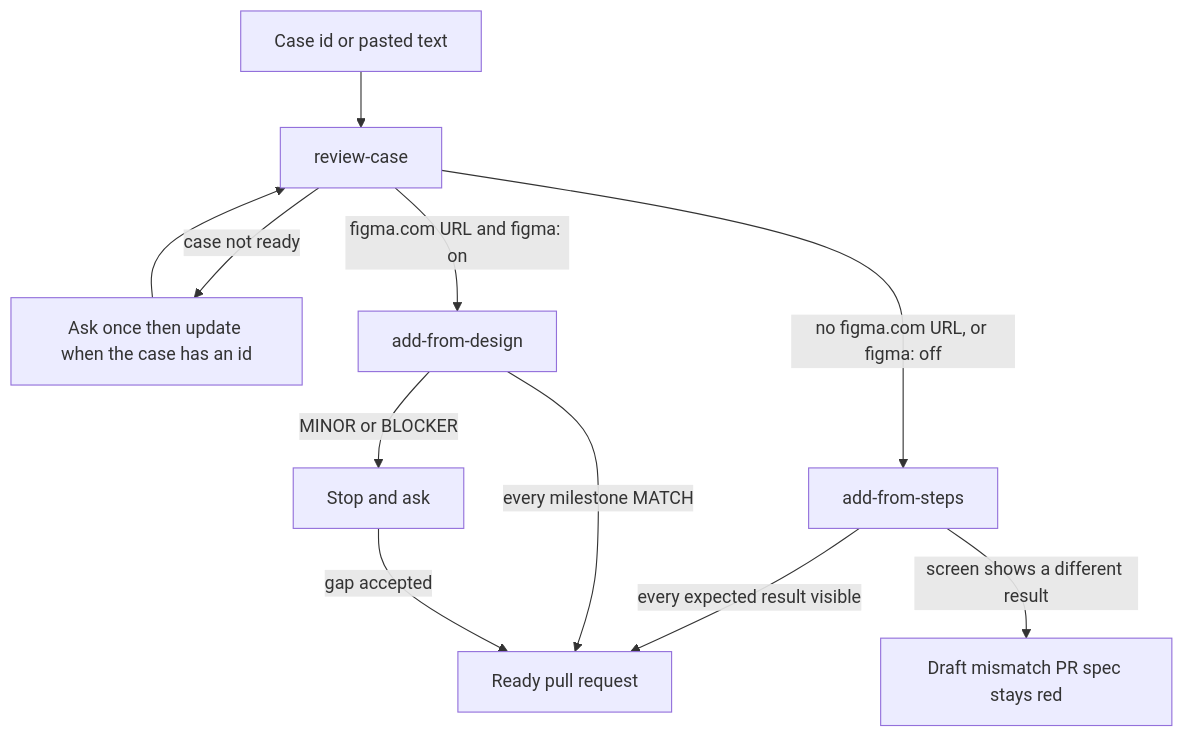
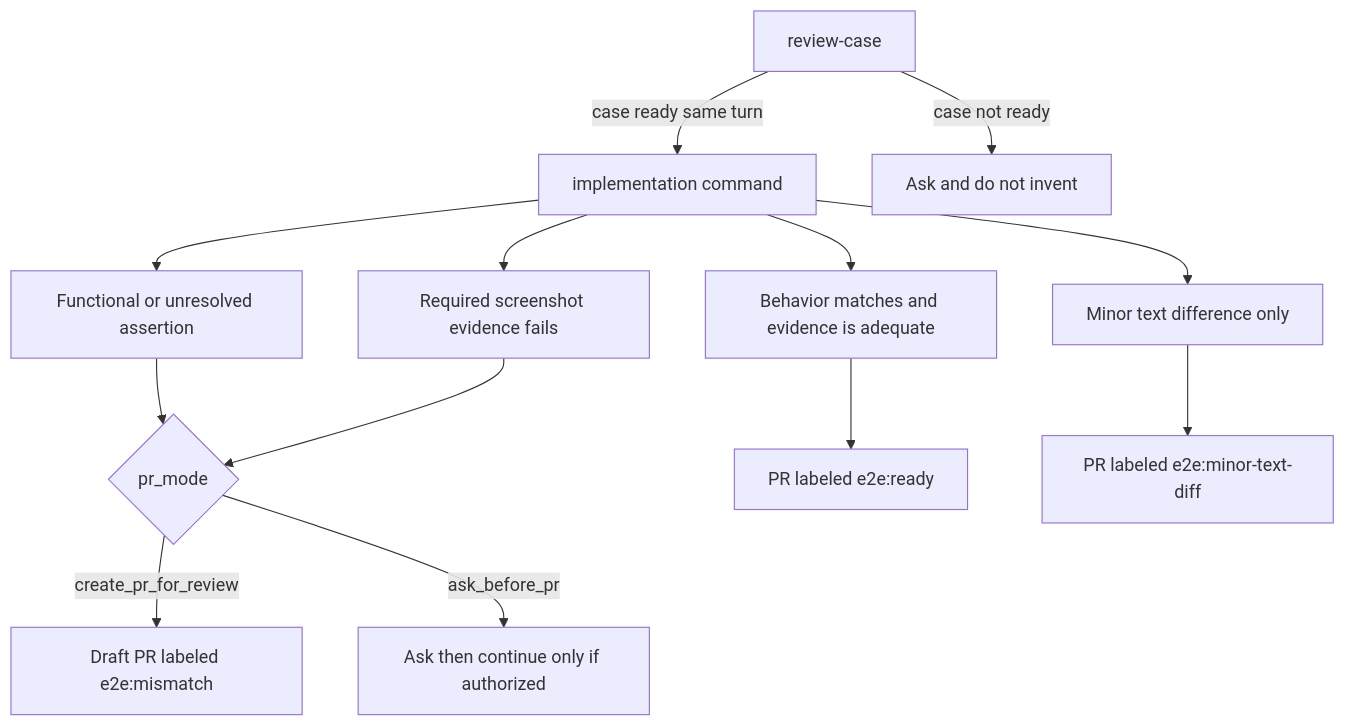
The diagram in processes/create-e2e/README.md (bogdanOwner/e2e-qa-pilot), drawn with Mermaid before and after one commit. The commit also changed other lines of this file and 34 other files, not shown here.

````diff
--- a/processes/create-e2e/README.md
+++ b/processes/create-e2e/README.md
@@ -5,21 +5,26 @@
 ```mermaid
 flowchart TD
-  caseNode[Case id or pasted text]
-  review[review-case]
-  questions[Ask once then update when the case has an id]
-  designSkill[add-from-design]
-  stepsSkill[add-from-steps]
-  readyPr[Ready pull request]
-  stopPr[Draft mismatch PR spec stays red]
-  askHuman[Stop and ask]
-  caseNode --> review
-  review -->|case not ready| questions
-  questions --> review
-  review -->|"figma.com URL and figma: on"| designSkill
-  review -->|"no figma.com URL, or figma: off"| stepsSkill
-  stepsSkill -->|every expected result visible| readyPr
-  stepsSkill -->|screen shows a different result| stopPr
-  designSkill -->|every milestone MATCH| readyPr
-  designSkill -->|MINOR or BLOCKER| askHuman
-  askHuman -->|gap accepted| readyPr
+  reviewNode[review-case]
+  implNode[implementation command]
+  readyNode[Behavior matches and evidence is adequate]
+  minorNode[Minor text difference only]
+  assertNode[Functional or unresolved assertion]
+  shotNode[Required screenshot evidence fails]
+  modeNode{pr_mode}
+  readyPr["PR labeled e2e:ready"]
+  minorPr["PR labeled e2e:minor-text-diff"]
+  draftPr["Draft PR labeled e2e:mismatch"]
+  askNode[Ask then continue only if authorized]
+  reviewNode -->|case not ready| askClarify[Ask and do not invent]
+  reviewNode -->|case ready same turn| implNode
+  implNode --> readyNode
+  implNode --> minorNode
+  implNode --> assertNode
+  implNode --> shotNode
+  readyNode --> readyPr
+  minorNode --> minorPr
+  assertNode --> modeNode
+  shotNode --> modeNode
+  modeNode -->|create_pr_for_review| draftPr
+  modeNode -->|ask_before_pr| askNode
 ```
````
